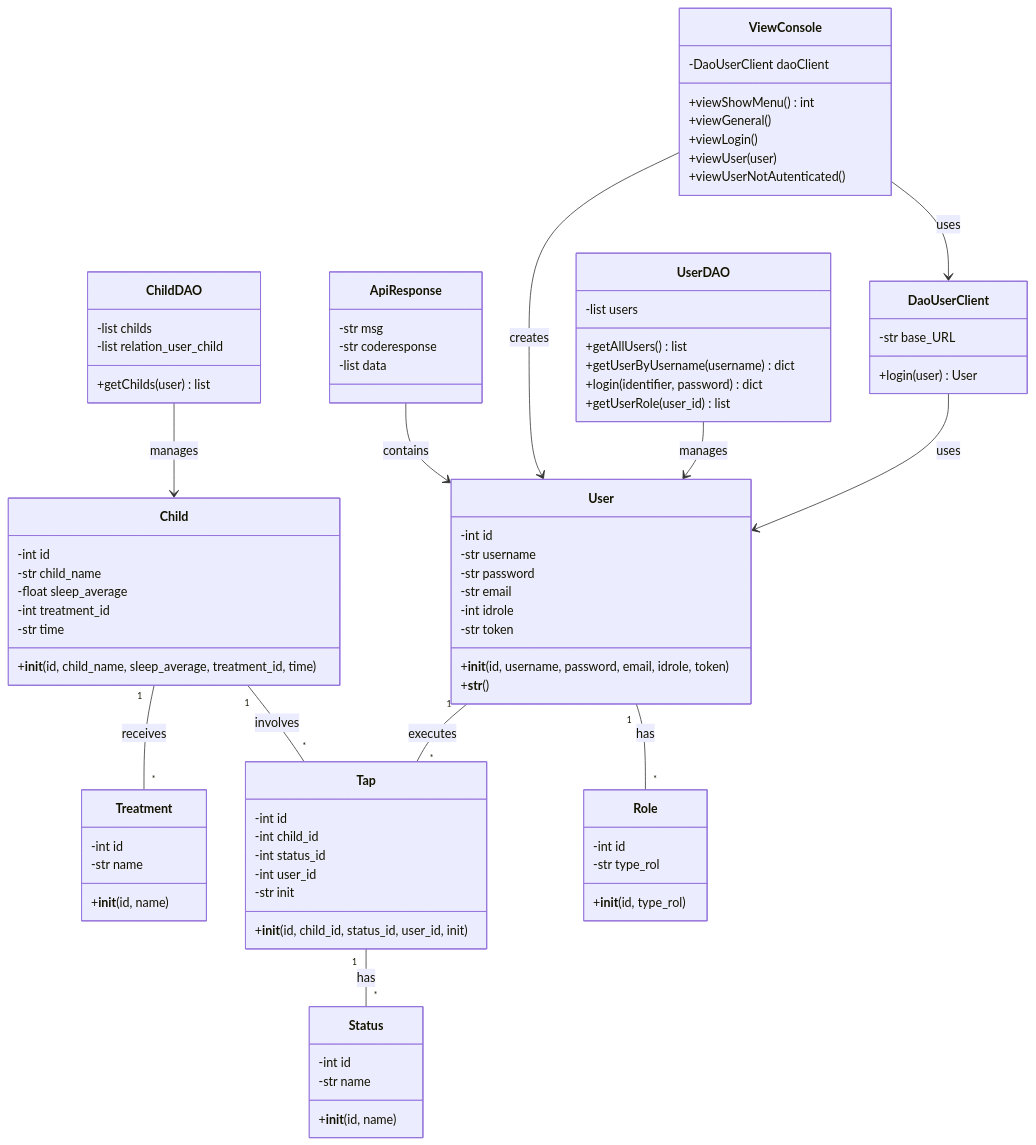
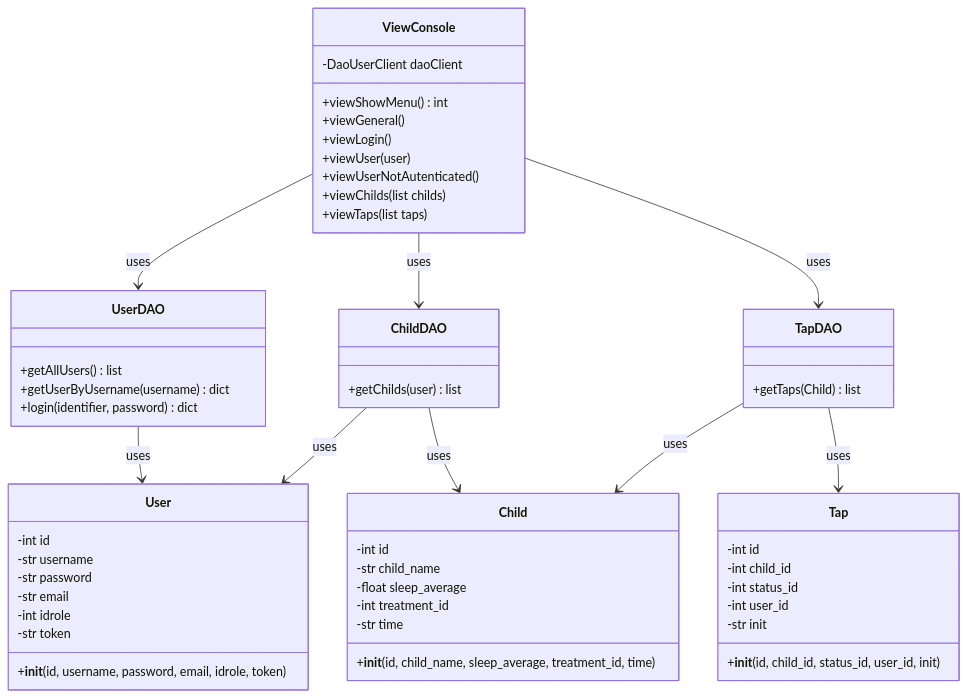
Before and after one commit to amallad2/entorns2526: the diagram in charts/classdiagramClientP2.mermaid, drawn with Mermaid.

```diff
--- a/charts/classdiagramClientP2.mermaid
+++ b/charts/classdiagramClientP2.mermaid
@@ -1,95 +1,68 @@
 classDiagram
     class User {
         -int id
         -str username
         -str password
         -str email
         -int idrole
         -str token
         +__init__(id, username, password, email, idrole, token)
-        +__str__()
     }
 
     class Child {
         -int id
         -str child_name
         -float sleep_average
         -int treatment_id
         -str time
         +__init__(id, child_name, sleep_average, treatment_id, time)
     }
 
-    class Treatment {
-        -int id
-        -str name
-        +__init__(id, name)
-    }
-
+    
     class Tap {
         -int id
         -int child_id
         -int status_id
         -int user_id
         -str init
         +__init__(id, child_id, status_id, user_id, init)
     }
 
-    class Status {
-        -int id
-        -str name
-        +__init__(id, name)
-    }
-
-    class Role {
-        -int id
-        -str type_rol
-        +__init__(id, type_rol)
-    }
-
-    class DaoUserClient {
-        -str base_URL
-        +login(user) User
-    }
-
+    
     class UserDAO {
-        -list users
         +getAllUsers() list
         +getUserByUsername(username) dict
         +login(identifier, password) dict
-        +getUserRole(user_id) list
     }
 
     class ChildDAO {
-        -list childs
-        -list relation_user_child
         +getChilds(user) list
+    }
+
+    class TapDAO {
+        +getTaps(Child) list
     }
 
     class ViewConsole {
         -DaoUserClient daoClient
         +viewShowMenu() int
         +viewGeneral()
         +viewLogin()
         +viewUser(user)
         +viewUserNotAutenticated()
+        +viewChilds(list childs)
+        +viewTaps(list taps)
     }
 
-    class ApiResponse {
-        -str msg
-        -str coderesponse
-        -list data
-    }
 
     %% Relacions
-    User "1" -- "*" Role : has
-    User "1" -- "*" Tap : executes
-    Child "1" -- "*" Tap : involves
-    Child "1" -- "*" Treatment : receives
-    Tap "1" -- "*" Status : has
+   
     
-    DaoUserClient --> User : uses
-    UserDAO --> User : manages
-    ChildDAO --> Child : manages
-    ViewConsole --> DaoUserClient : uses
-    ViewConsole --> User : creates
-    ApiResponse --> User : contains
+    UserDAO --> User : uses
+    ChildDAO --> Child : uses
+    ChildDAO --> User : uses
+    TapDAO --> Tap : uses
+    TapDAO --> Child : uses
+    ViewConsole --> UserDAO : uses
+    ViewConsole --> ChildDAO : uses
+    ViewConsole --> TapDAO : uses
```
